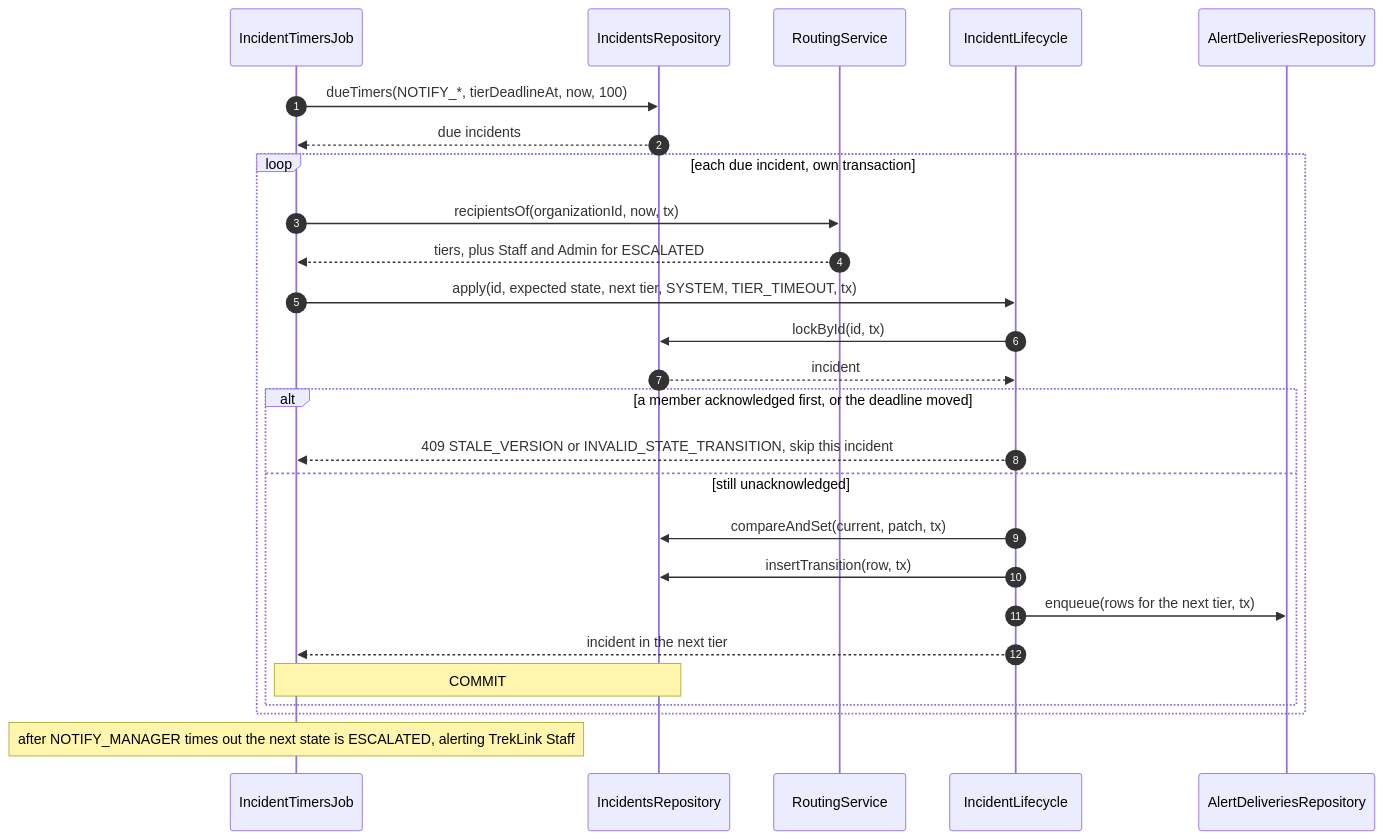
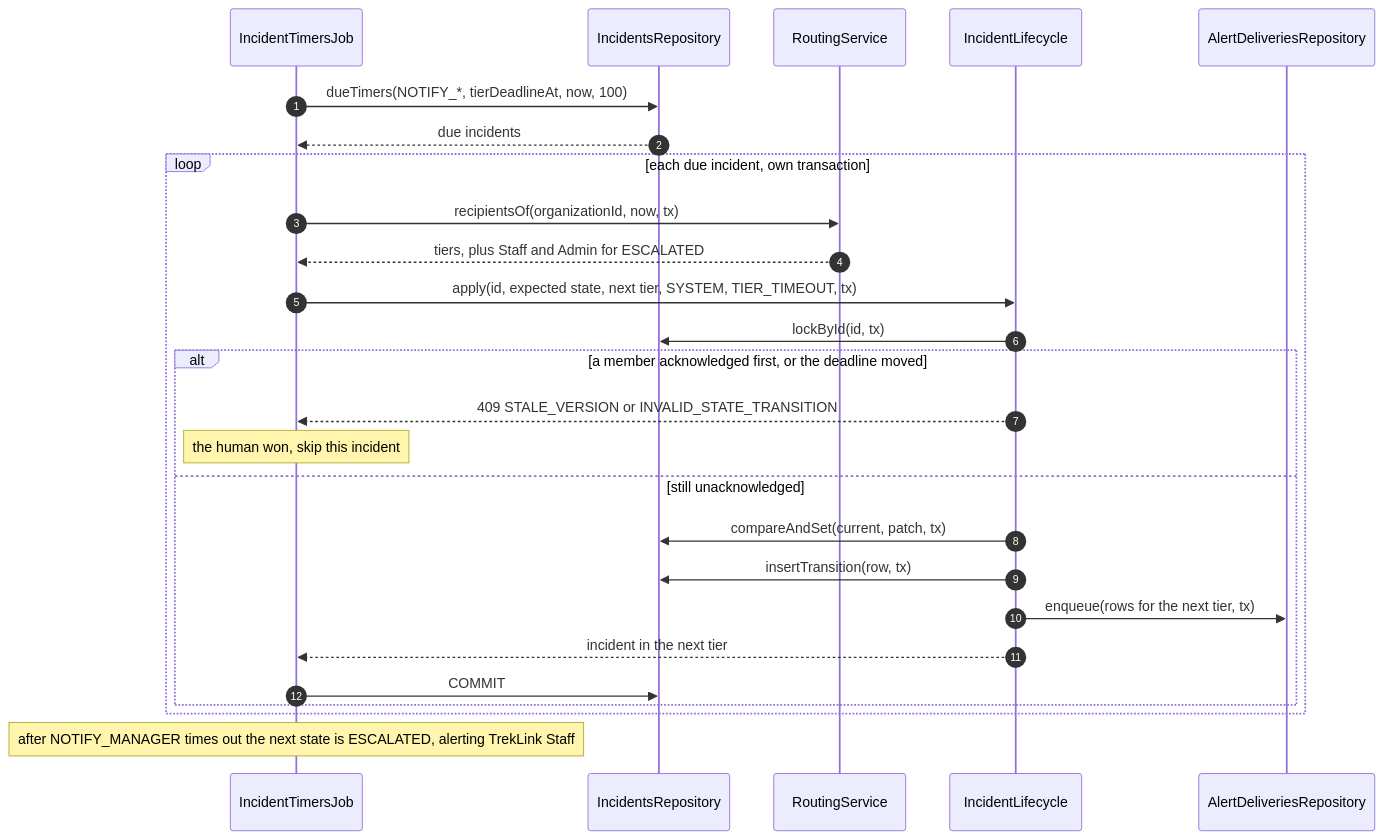
One commit to TrekLink-Team/treklink-web changed the seventh of 10 diagrams in specs/incidents/design.md. Above: the diagram before and after it, drawn with Mermaid. The commit also changed other lines of this file and 8 other files, not shown here.

First line of the commit message:
docs: draw every failure branch in the incidents sequences

````diff
--- a/specs/incidents/design.md
+++ b/specs/incidents/design.md
@@ -444,28 +460,28 @@
 ```mermaid
 sequenceDiagram
     autonumber
     participant J as IncidentTimersJob
     participant R as IncidentsRepository
     participant Ro as RoutingService
     participant L as IncidentLifecycle
     participant Ob as AlertDeliveriesRepository
     J->>R: dueTimers(NOTIFY_*, tierDeadlineAt, now, 100)
     R-->>J: due incidents
     loop each due incident, own transaction
         J->>Ro: recipientsOf(organizationId, now, tx)
         Ro-->>J: tiers, plus Staff and Admin for ESCALATED
         J->>L: apply(id, expected state, next tier, SYSTEM, TIER_TIMEOUT, tx)
         L->>R: lockById(id, tx)
-        R-->>L: incident
         alt a member acknowledged first, or the deadline moved
-            L-->>J: 409 STALE_VERSION or INVALID_STATE_TRANSITION, skip this incident
+            L-->>J: 409 STALE_VERSION or INVALID_STATE_TRANSITION
+            Note over J: the human won, skip this incident
         else still unacknowledged
             L->>R: compareAndSet(current, patch, tx)
             L->>R: insertTransition(row, tx)
             L->>Ob: enqueue(rows for the next tier, tx)
             L-->>J: incident in the next tier
-            Note over J,R: COMMIT
+            J->>R: COMMIT
         end
     end
     Note over J: after NOTIFY_MANAGER times out the next state is ESCALATED, alerting TrekLink Staff
 ```
````
